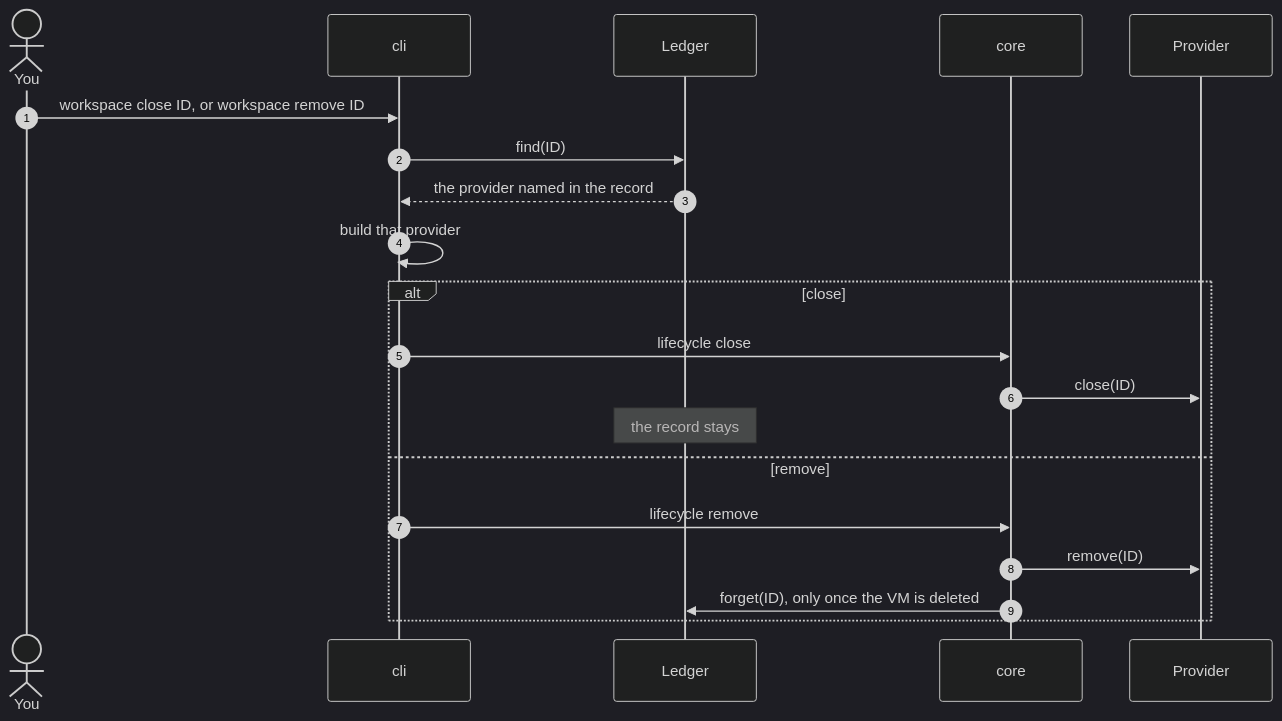
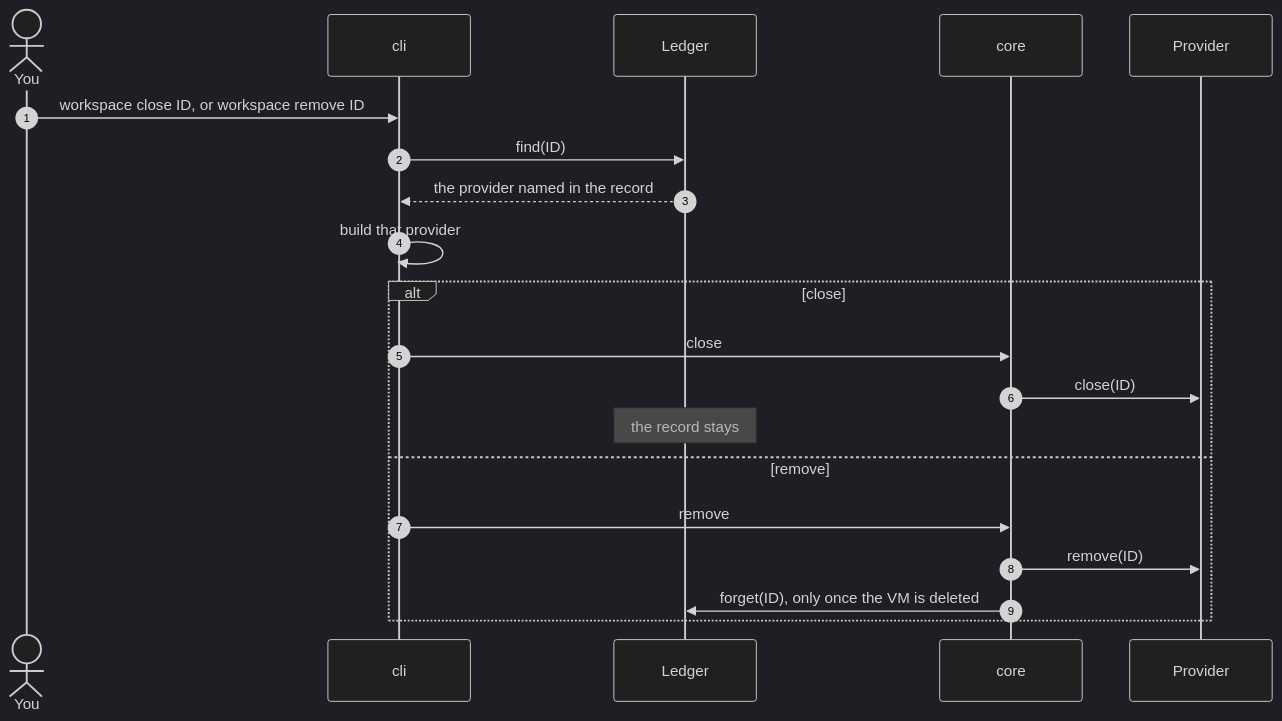
Before and after one commit to NextNodeSolutions/workspace: the fourth of 6 diagrams in docs/architecture.md, drawn with Mermaid (dark theme). The commit also changed other lines of this file and 4 other files, not shown here.

````diff
--- a/docs/architecture.md
+++ b/docs/architecture.md
@@ -97,22 +91,22 @@
 ```mermaid
 sequenceDiagram
     autonumber
     actor You
     participant CLI as cli
     participant L as Ledger
     participant Core as core
     participant P as Provider
     You->>CLI: workspace close ID, or workspace remove ID
     CLI->>L: find(ID)
     L-->>CLI: the provider named in the record
     CLI->>CLI: build that provider
     alt close
-        CLI->>Core: lifecycle close
+        CLI->>Core: close
         Core->>P: close(ID)
         Note over L: the record stays
     else remove
-        CLI->>Core: lifecycle remove
+        CLI->>Core: remove
         Core->>P: remove(ID)
         Core->>L: forget(ID), only once the VM is deleted
     end
 ```
````
